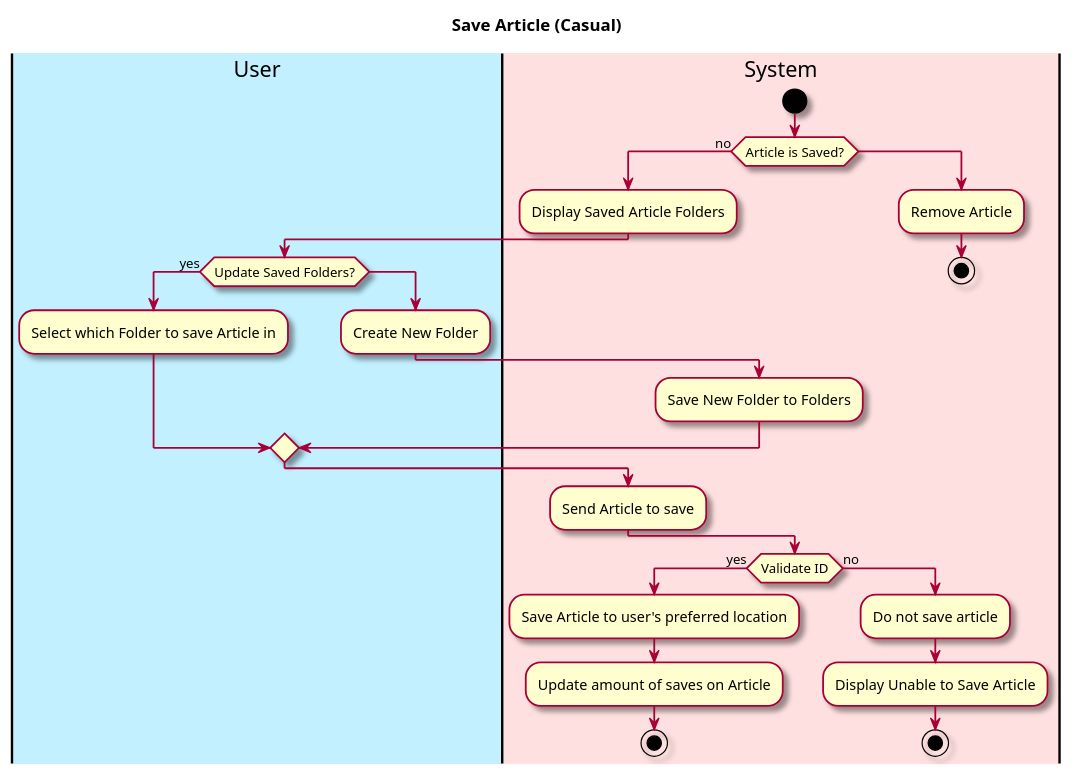
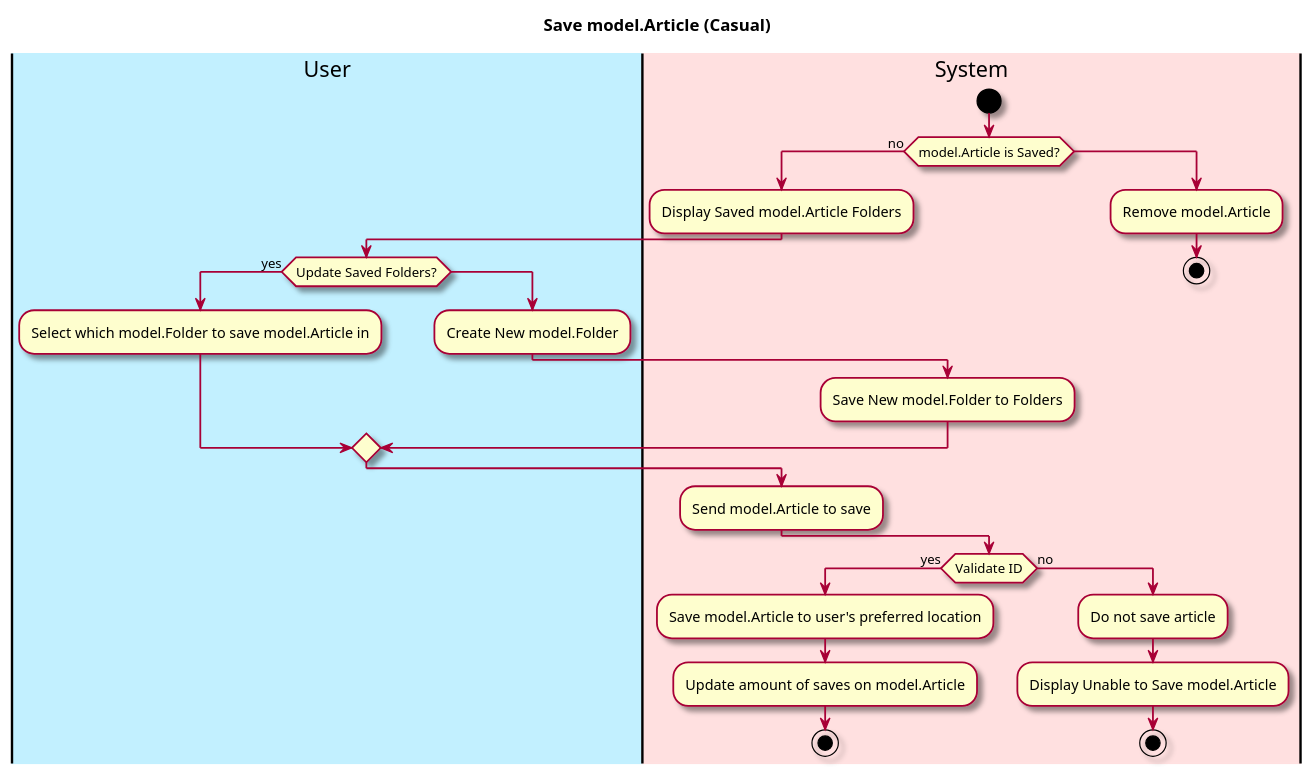
Before and after one commit to owhitleym-ui/EcoScoop: the first of 2 diagrams in intellij/doc/use-cases/save-article.md, drawn with PlantUML. The commit also changed other lines of this file and 72 other files, not shown here.

````diff
--- a/intellij/doc/use-cases/save-article.md
+++ b/intellij/doc/use-cases/save-article.md
@@ -24,44 +24,44 @@
 ```plantuml
 @startuml
 
 skin rose
 
-title Save Article (Casual)
+title Save model.Article (Casual)
 
 'define the lanes
 |#application|User|
 |#implementation|System|
 
 |System|
 start
-if (Article is Saved?) then (no)
-:Display Saved Article Folders;
+if (model.Article is Saved?) then (no)
+:Display Saved model.Article Folders;
 |User|
 if(Update Saved Folders?) then (yes)
-:Select which Folder to save Article in;
+:Select which model.Folder to save model.Article in;
 else()
-:Create New Folder;
+:Create New model.Folder;
 |System|
-:Save New Folder to Folders;
+:Save New model.Folder to Folders;
 endif
 |System|
-:Send Article to save;
+:Send model.Article to save;
  else ()
-:Remove Article;
+:Remove model.Article;
 stop
 endif
 
 
 |System|
 if (Validate ID) then (yes)
-:Save Article to user's preferred location;
-:Update amount of saves on Article;
+:Save model.Article to user's preferred location;
+:Update amount of saves on model.Article;
 stop
 
 else (no)
 :Do not save article;
-:Display Unable to Save Article;
+:Display Unable to Save model.Article;
 
 stop
 @enduml
 ```
````
